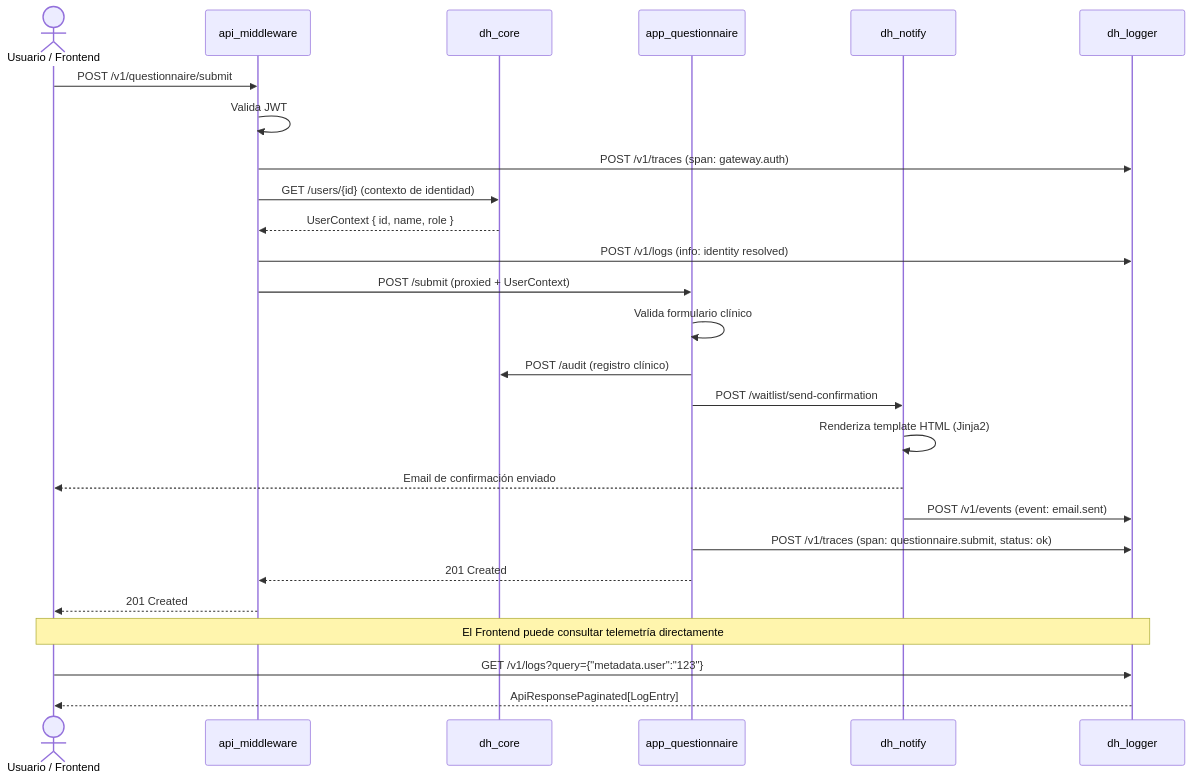
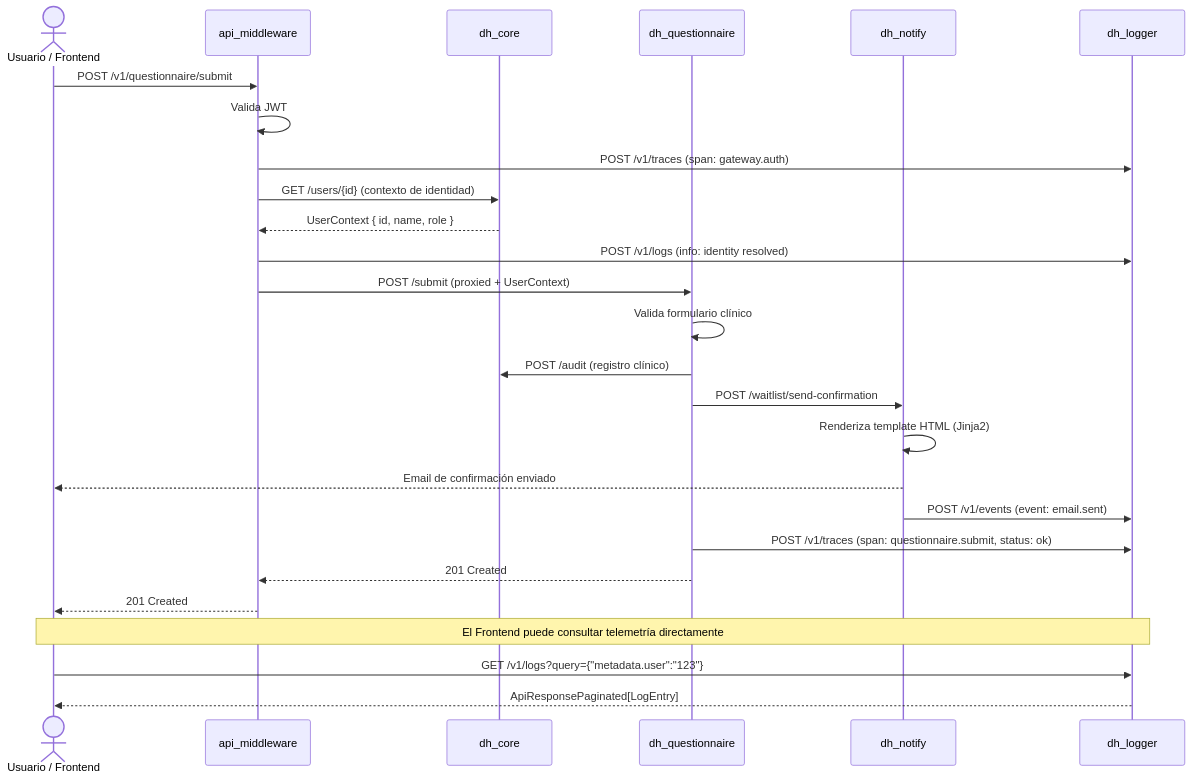
One commit to m4ck-y/dh_docs changed the second of 3 diagrams in architecture/diagrama_arquitectura.md. Above: the diagram before and after it, drawn with Mermaid. The commit also changed other lines of this file and 54 other files, not shown here.

````diff
--- a/architecture/diagrama_arquitectura.md
+++ b/architecture/diagrama_arquitectura.md
@@ -144,33 +144,33 @@
 ```mermaid
 sequenceDiagram
     actor User as Usuario / Frontend
     participant GW as api_middleware
     participant Core as dh_core
-    participant SVC as app_questionnaire
+    participant SVC as dh_questionnaire
     participant MSG as dh_notify
     participant LOG as dh_logger
 
     User->>GW: POST /v1/questionnaire/submit
     GW->>GW: Valida JWT
     GW->>LOG: POST /v1/traces (span: gateway.auth)
     GW->>Core: GET /users/{id} (contexto de identidad)
     Core-->>GW: UserContext { id, name, role }
     GW->>LOG: POST /v1/logs (info: identity resolved)
 
     GW->>SVC: POST /submit (proxied + UserContext)
     SVC->>SVC: Valida formulario clínico
     SVC->>Core: POST /audit (registro clínico)
 
     SVC->>MSG: POST /waitlist/send-confirmation
     MSG->>MSG: Renderiza template HTML (Jinja2)
     MSG-->>User: Email de confirmación enviado
     MSG->>LOG: POST /v1/events (event: email.sent)
 
     SVC->>LOG: POST /v1/traces (span: questionnaire.submit, status: ok)
     SVC-->>GW: 201 Created
     GW-->>User: 201 Created
 
     Note over User,LOG: El Frontend puede consultar telemetría directamente
     User->>LOG: GET /v1/logs?query={"metadata.user":"123"}
     LOG-->>User: ApiResponsePaginated[LogEntry]
 ```
````
